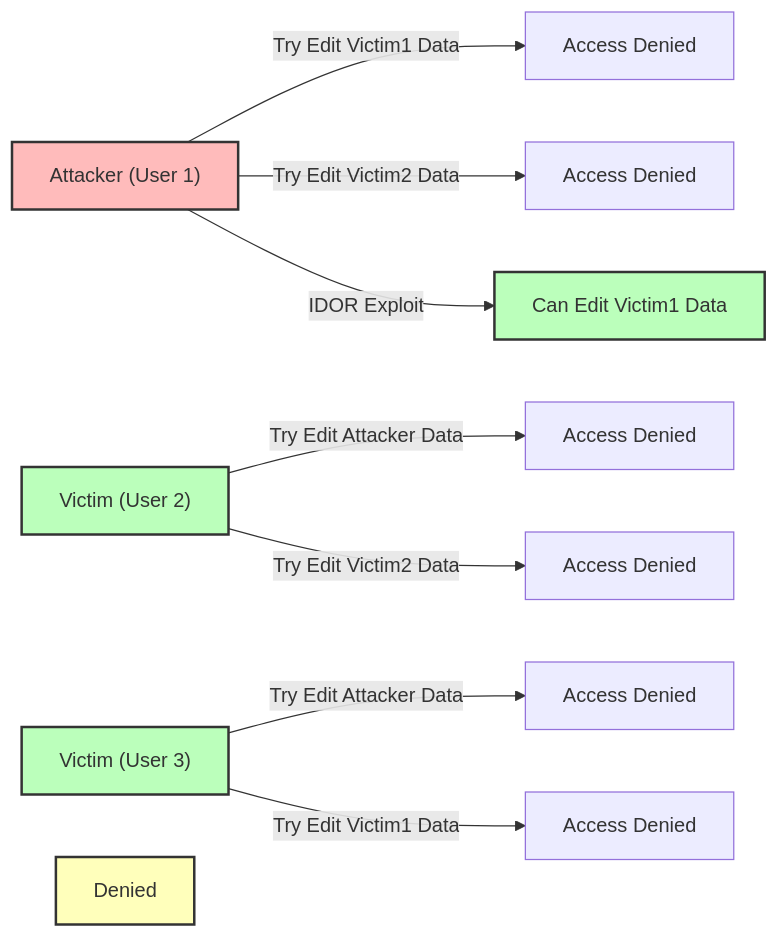
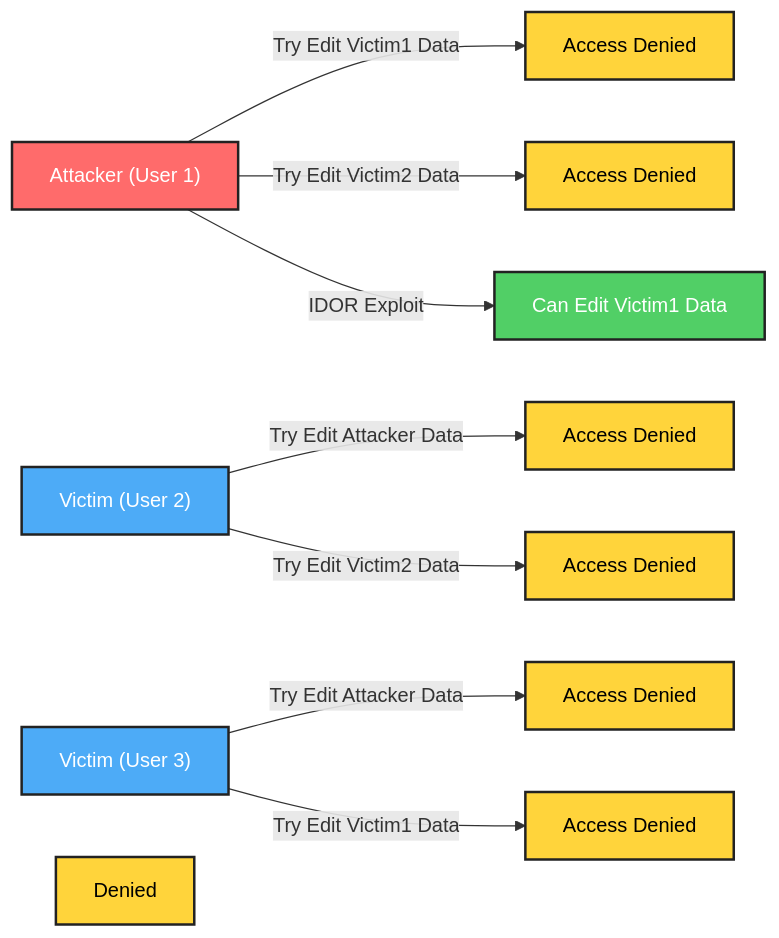
One commit to 1amkaiz3n/COURSE changed the second of 2 diagrams in BAC.md. Above: the diagram before and after it, drawn with Mermaid. The commit also changed other lines of this file, not shown here.

````diff
--- a/BAC.md
+++ b/BAC.md
@@ -71,25 +69,29 @@
 ```mermaid
 graph LR
-    style Attacker fill:#fbb,stroke:#333,stroke-width:2px
-    style Victim1 fill:#bfb,stroke:#333,stroke-width:2px
-    style Victim2 fill:#bfb,stroke:#333,stroke-width:2px
-    style Denied fill:#ffb,stroke:#333,stroke-width:2px
-    style Success fill:#bfb,stroke:#333,stroke-width:2px
+    style Attacker fill:#ff6b6b,stroke:#222,stroke-width:2px,color:#ffffff
+    style Victim1 fill:#4dabf7,stroke:#222,stroke-width:2px,color:#ffffff
+    style Victim2 fill:#4dabf7,stroke:#222,stroke-width:2px,color:#ffffff
+    style Denied fill:#ffd43b,stroke:#222,stroke-width:2px,color:#000000
+    style Denied1 fill:#ffd43b,stroke:#222,stroke-width:2px,color:#000000
+    style Denied2 fill:#ffd43b,stroke:#222,stroke-width:2px,color:#000000
+    style Denied3 fill:#ffd43b,stroke:#222,stroke-width:2px,color:#000000
+    style Denied4 fill:#ffd43b,stroke:#222,stroke-width:2px,color:#000000
+    style Denied5 fill:#ffd43b,stroke:#222,stroke-width:2px,color:#000000
+    style Denied6 fill:#ffd43b,stroke:#222,stroke-width:2px,color:#000000
+    style Success fill:#51cf66,stroke:#222,stroke-width:2px,color:#ffffff
 
     Attacker["Attacker (User 1)"]
     Victim1["Victim (User 2)"]
     Victim2["Victim (User 3)"]
 
-    %% Percobaan edit
     Attacker -->|Try Edit Victim1 Data| Denied1["Access Denied"]
     Attacker -->|Try Edit Victim2 Data| Denied2["Access Denied"]
 
     Victim1 -->|Try Edit Attacker Data| Denied3["Access Denied"]
     Victim1 -->|Try Edit Victim2 Data| Denied4["Access Denied"]
 
     Victim2 -->|Try Edit Attacker Data| Denied5["Access Denied"]
     Victim2 -->|Try Edit Victim1 Data| Denied6["Access Denied"]
 
-    %% Contoh bug IDOR
     Attacker -->|IDOR Exploit| Success["Can Edit Victim1 Data"]
 ```
````
